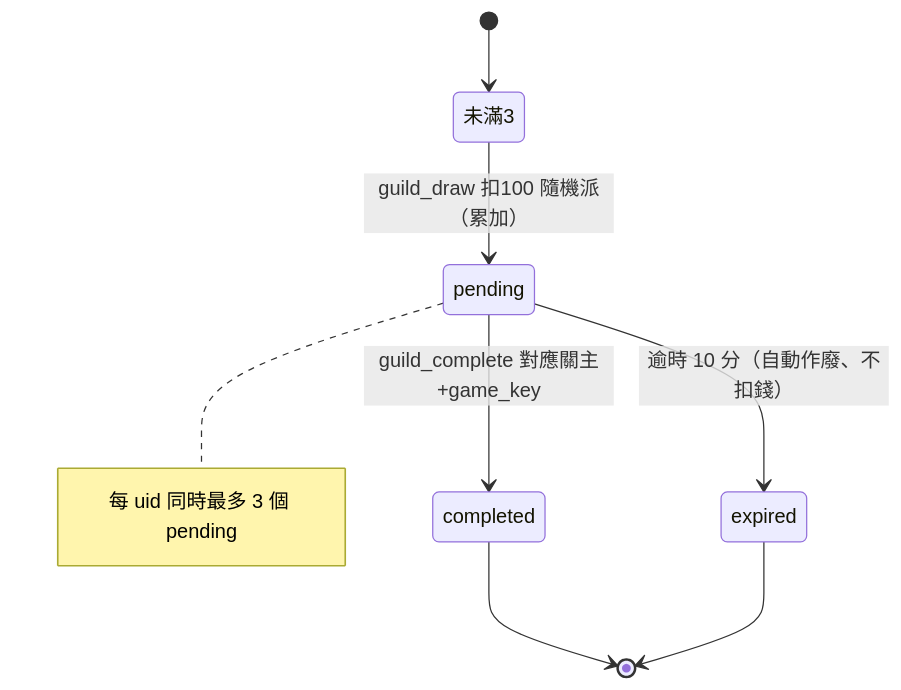
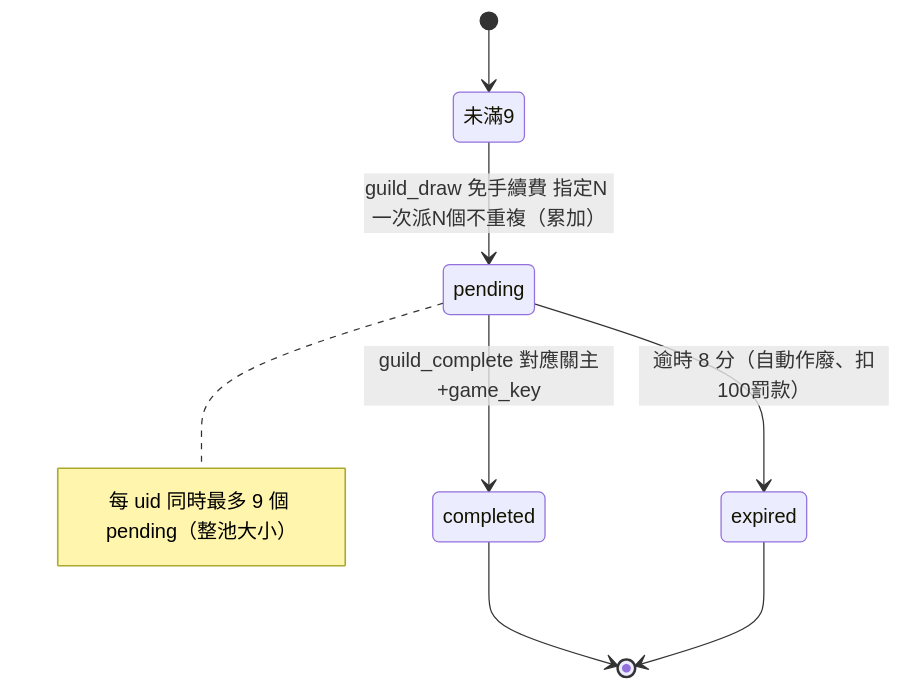
Before and after one commit to mushding/2026-bilingual-camp-little-market: the fifth of 7 diagrams in docs/app/33-架構與部署.md, drawn with Mermaid. The commit also changed other lines of this file and 18 other files, not shown here.

First line of the commit message:
feat(guild): v2.3 免手續費 + 指定N抽任務 + 銀行轉帳加KP

````diff
--- a/docs/app/33-架構與部署.md
+++ b/docs/app/33-架構與部署.md
@@ -124,10 +125,10 @@
 ```mermaid
 stateDiagram-v2
-  [*] --> 未滿3
-  未滿3 --> pending: guild_draw 扣100 隨機派（累加）
+  [*] --> 未滿9
+  未滿9 --> pending: guild_draw 免手續費 指定N 一次派N個不重複（累加）
   pending --> completed: guild_complete 對應關主+game_key
-  pending --> expired: 逾時 10 分（自動作廢、不扣錢）
+  pending --> expired: 逾時 8 分（自動作廢、扣100罰款）
   completed --> [*]
   expired --> [*]
-  note right of pending: 每 uid 同時最多 3 個 pending
+  note right of pending: 每 uid 同時最多 9 個 pending（整池大小）
 ```
````
